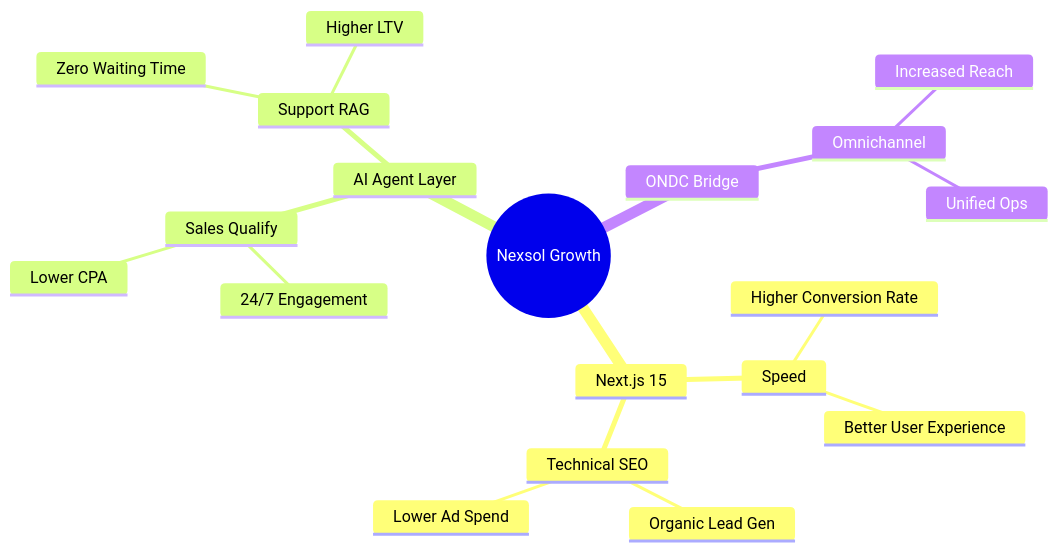
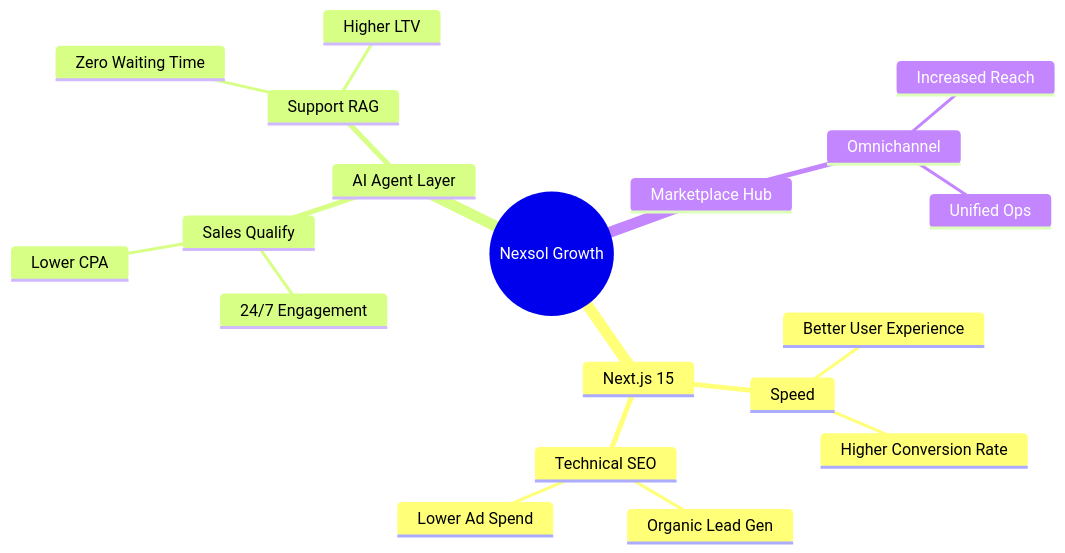
One commit to tejasahirrao1103/Nexsol-Web-Dev-Docs changed the first of 2 diagrams in Nexsol-Nexus/03-Technical-Deep-Dives/ROI-and-Feature-Map.md. Above: the diagram before and after it, drawn with Mermaid. The commit also changed 7 other files, not shown here.

````diff
--- a/Nexsol-Nexus/03-Technical-Deep-Dives/ROI-and-Feature-Map.md
+++ b/Nexsol-Nexus/03-Technical-Deep-Dives/ROI-and-Feature-Map.md
@@ -5,22 +5,22 @@
 ```mermaid
 mindmap
   root((Nexsol Growth))
     Next.js 15
       Speed
         Better User Experience
         Higher Conversion Rate
       Technical SEO
         Organic Lead Gen
         Lower Ad Spend
     AI Agent Layer
       Sales Qualify
         24/7 Engagement
         Lower CPA
       Support RAG
         Zero Waiting Time
         Higher LTV
-    ONDC Bridge
+    Marketplace Hub
       Omnichannel
         Increased Reach
         Unified Ops
 ```
````
